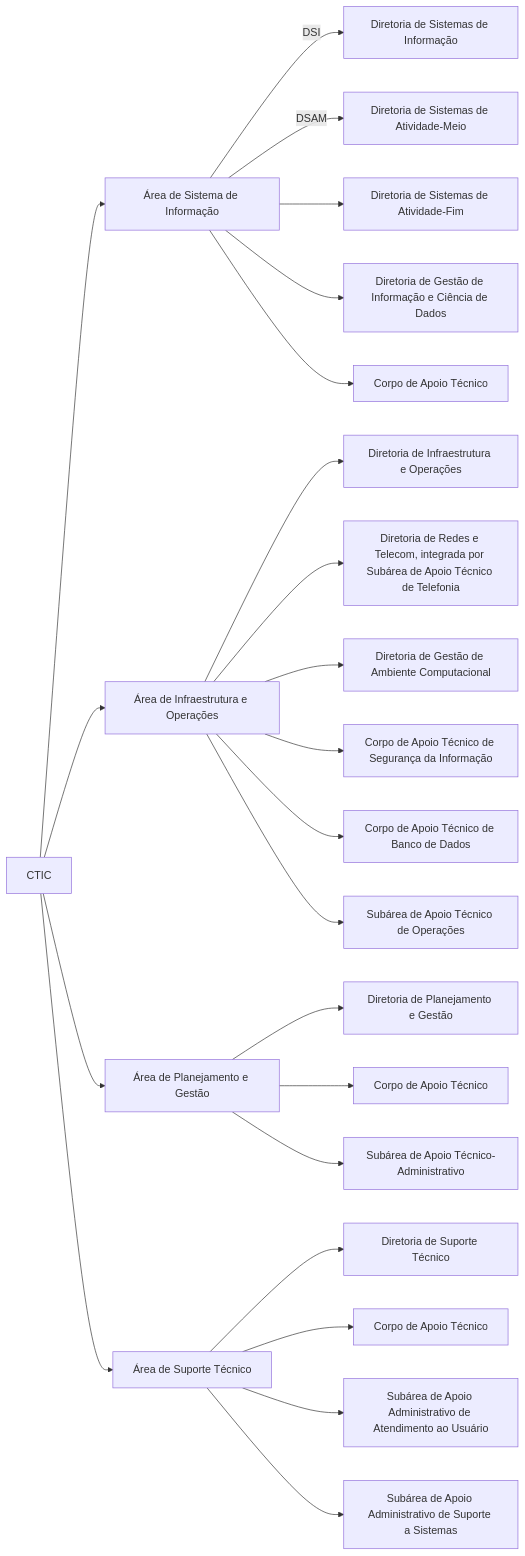
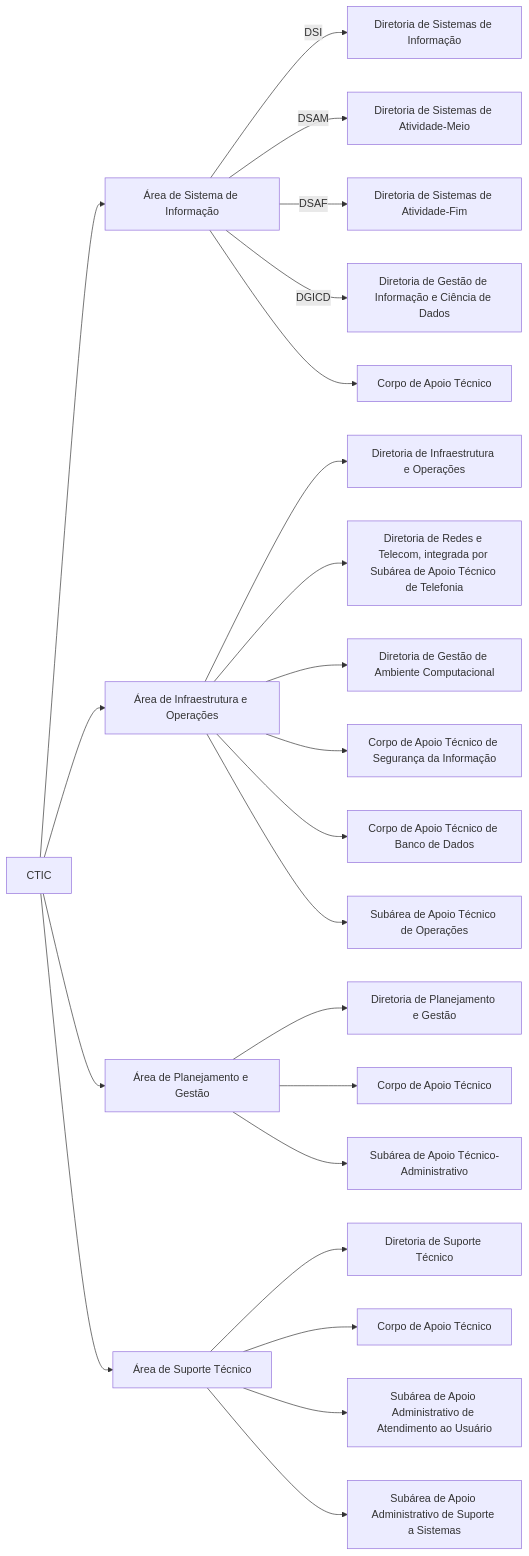
Before and after one commit to my-ctic/organograma: the diagram in README.md, drawn with Mermaid. The commit also changed other lines of this file and 1 other file, not shown here.

````diff
--- a/README.md
+++ b/README.md
@@ -9,29 +9,29 @@
 ```mermaid
 flowchart LR
     0[CTIC] --> A[Área de Sistema de Informação]
     A[Área de Sistema de Informação] --> |DSI|A1[Diretoria de Sistemas de Informação]
     A[Área de Sistema de Informação] --> |DSAM|A2[Diretoria de Sistemas de Atividade-Meio]
-    A[Área de Sistema de Informação] --> A3[Diretoria de Sistemas de Atividade-Fim]
-    A[Área de Sistema de Informação] --> A4[Diretoria de Gestão de Informação e Ciência de Dados]
+    A[Área de Sistema de Informação] --> |DSAF|A3[Diretoria de Sistemas de Atividade-Fim]
+    A[Área de Sistema de Informação] --> |DGICD|A4[Diretoria de Gestão de Informação e Ciência de Dados]
     A[Área de Sistema de Informação] --> A5[Corpo de Apoio Técnico]
 
     0[CTIC] --> B[Área de Infraestrutura e Operações]
     B[Área de Infraestrutura e Operações] --> B1[Diretoria de Infraestrutura e Operações]
     B[Área de Infraestrutura e Operações] --> B2[Diretoria de Redes e Telecom, integrada por Subárea de Apoio Técnico de Telefonia]
     B[Área de Infraestrutura e Operações] --> B3[Diretoria de Gestão de Ambiente Computacional]
     B[Área de Infraestrutura e Operações] --> B4[Corpo de Apoio Técnico de Segurança da Informação]
     B[Área de Infraestrutura e Operações] --> B5[Corpo de Apoio Técnico de Banco de Dados]
     B[Área de Infraestrutura e Operações] --> B6[Subárea de Apoio Técnico de Operações]
 
     0[CTIC] --> C[Área de Planejamento e Gestão]
     C[Área de Planejamento e Gestão] --> C1[Diretoria de Planejamento e Gestão]
     C[Área de Planejamento e Gestão] --> C2[Corpo de Apoio Técnico]
     C[Área de Planejamento e Gestão] --> C3[Subárea de Apoio Técnico-Administrativo]
 
 
     0[CTIC] --> D[Área de Suporte Técnico]
     D[Área de Suporte Técnico] --> D1[Diretoria de Suporte Técnico]
     D[Área de Suporte Técnico] --> D2[Corpo de Apoio Técnico]
     D[Área de Suporte Técnico] --> D3[Subárea de Apoio Administrativo de Atendimento ao Usuário]
     D[Área de Suporte Técnico] --> D4[Subárea de Apoio Administrativo de Suporte a Sistemas]
 ```
````
